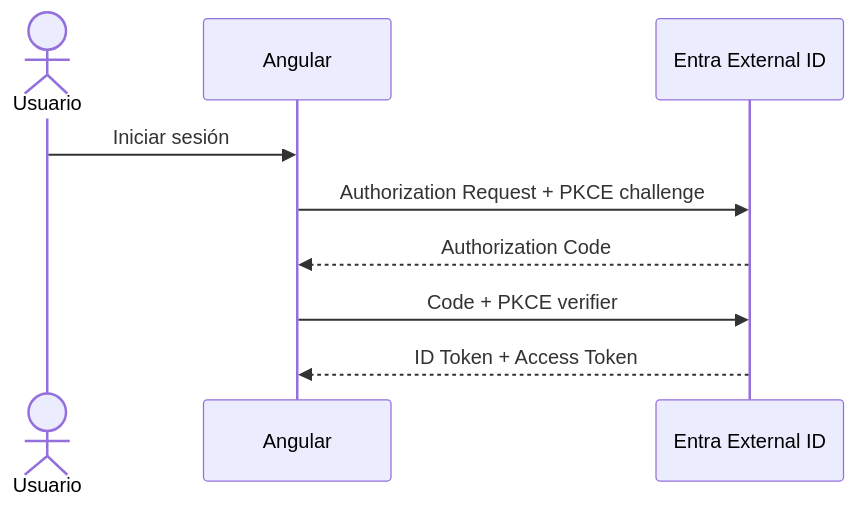
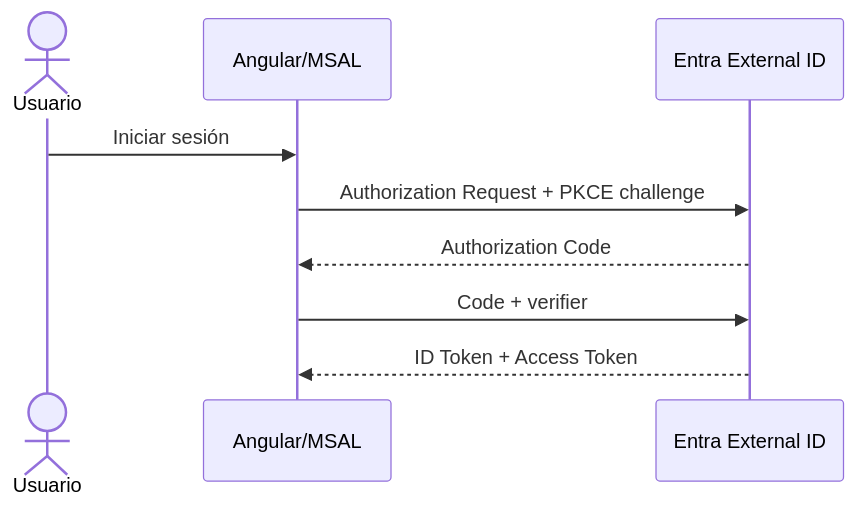
The diagram in guias-integradas/ev1/03-angular-msal.md (cmartinezs/DSY1107-DESARROLLO-CLOUD-NATIVE-I-2026-2), drawn with Mermaid before and after one commit. The commit also changed other lines of this file, not shown here.

Commit message:
docs: conectar etapa MSAL con starter y checkpoints

````diff
--- a/guias-integradas/ev1/03-angular-msal.md
+++ b/guias-integradas/ev1/03-angular-msal.md
@@ -214,12 +55,12 @@
 ```mermaid
 sequenceDiagram
     actor U as Usuario
-    participant F as Angular
+    participant F as Angular/MSAL
     participant E as Entra External ID
 
     U->>F: Iniciar sesión
     F->>E: Authorization Request + PKCE challenge
     E-->>F: Authorization Code
-    F->>E: Code + PKCE verifier
+    F->>E: Code + verifier
     E-->>F: ID Token + Access Token
 ```
````
